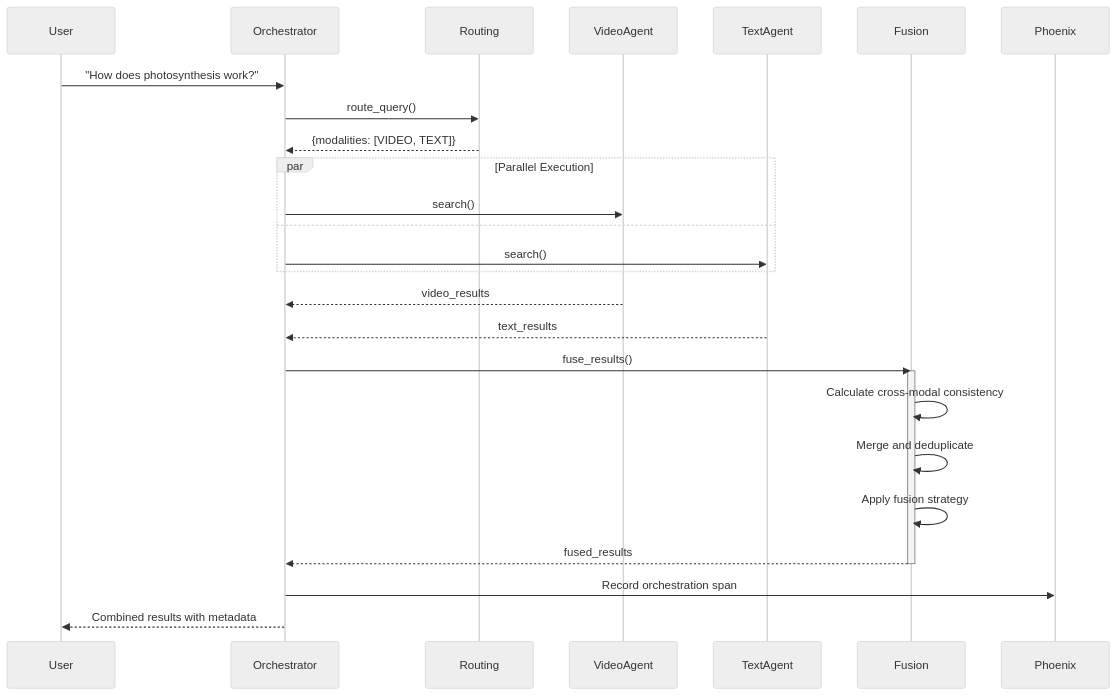
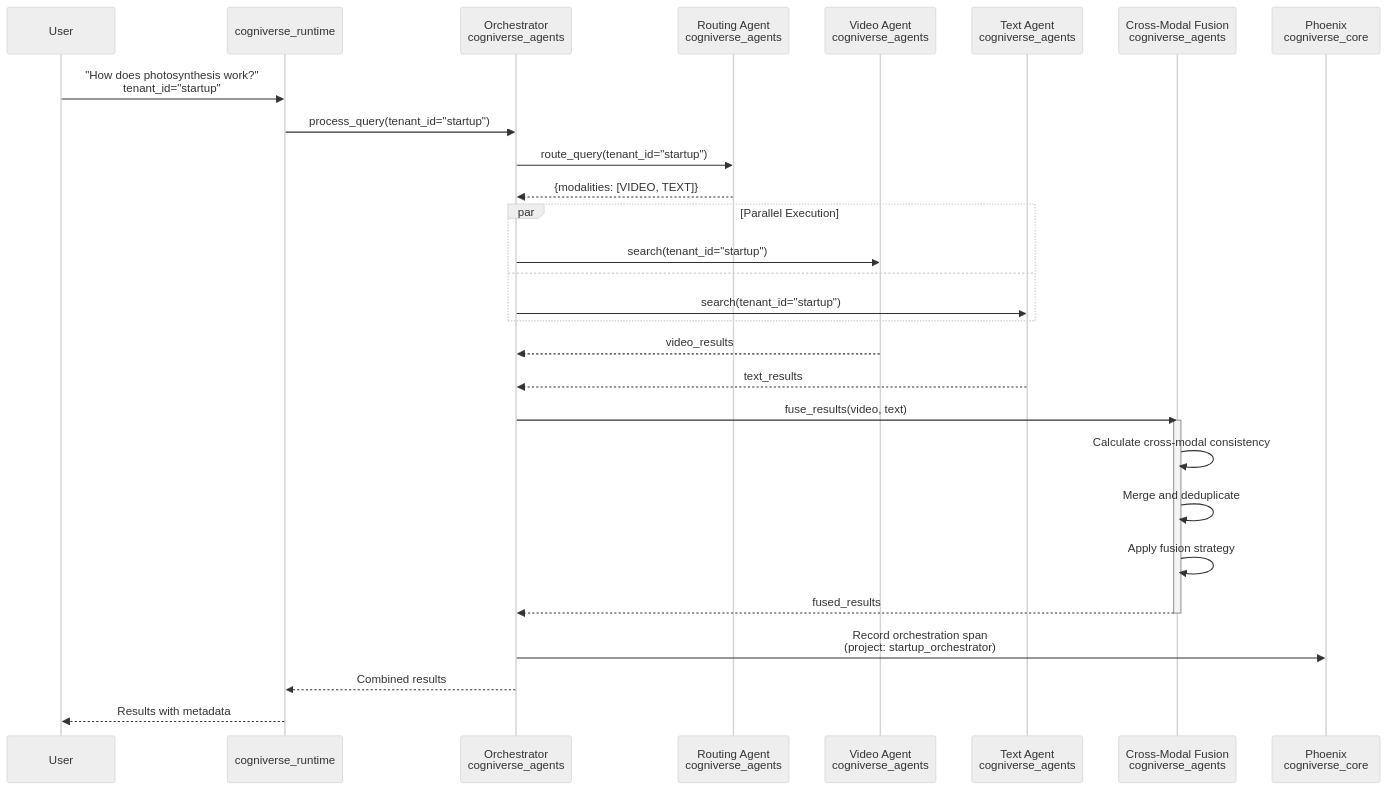
One commit to amit-jain/cogniverse changed the fourth of 25 diagrams in docs/architecture/system-flows.md. Above: the diagram before and after it, drawn with Mermaid (neutral theme). The commit also changed other lines of this file and 25 other files, not shown here.

````diff
--- a/docs/architecture/system-flows.md
+++ b/docs/architecture/system-flows.md
@@ -157,35 +189,38 @@
 ```mermaid
 sequenceDiagram
     participant User
-    participant Orchestrator
-    participant Routing
-    participant VideoAgent
-    participant TextAgent
-    participant Fusion
-    participant Phoenix
+    participant Runtime as cogniverse_runtime
+    participant Orchestrator as Orchestrator<br/>cogniverse_agents
+    participant Routing as Routing Agent<br/>cogniverse_agents
+    participant VideoAgent as Video Agent<br/>cogniverse_agents
+    participant TextAgent as Text Agent<br/>cogniverse_agents
+    participant Fusion as Cross-Modal Fusion<br/>cogniverse_agents
+    participant Phoenix as Phoenix<br/>cogniverse_core
 
-    User->>Orchestrator: "How does photosynthesis work?"
+    User->>Runtime: "How does photosynthesis work?"<br/>tenant_id="startup"
 
-    Orchestrator->>Routing: route_query()
+    Runtime->>Orchestrator: process_query(tenant_id="startup")
+    Orchestrator->>Routing: route_query(tenant_id="startup")
     Routing-->>Orchestrator: {modalities: [VIDEO, TEXT]}
 
     par Parallel Execution
-        Orchestrator->>VideoAgent: search()
+        Orchestrator->>VideoAgent: search(tenant_id="startup")
         and
-        Orchestrator->>TextAgent: search()
+        Orchestrator->>TextAgent: search(tenant_id="startup")
     end
 
     VideoAgent-->>Orchestrator: video_results
     TextAgent-->>Orchestrator: text_results
 
-    Orchestrator->>Fusion: fuse_results()
+    Orchestrator->>Fusion: fuse_results(video, text)
     activate Fusion
     Fusion->>Fusion: Calculate cross-modal consistency
     Fusion->>Fusion: Merge and deduplicate
     Fusion->>Fusion: Apply fusion strategy
     Fusion-->>Orchestrator: fused_results
     deactivate Fusion
 
-    Orchestrator->>Phoenix: Record orchestration span
-    Orchestrator-->>User: Combined results with metadata
+    Orchestrator->>Phoenix: Record orchestration span<br/>(project: startup_orchestrator)
+    Orchestrator-->>Runtime: Combined results
+    Runtime-->>User: Results with metadata
 ```
````
